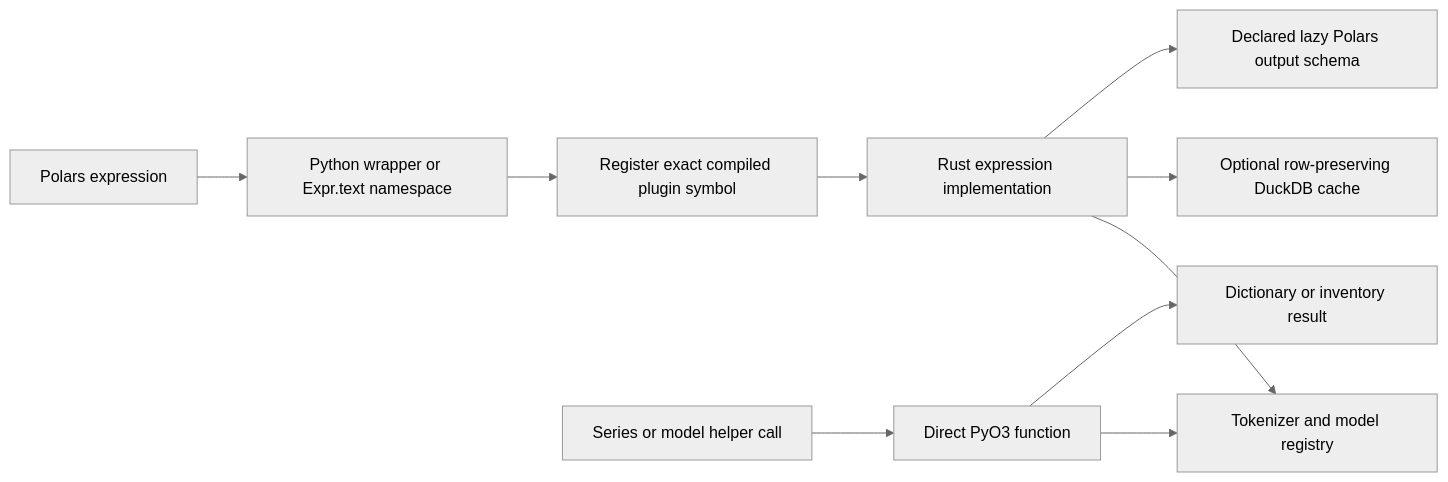
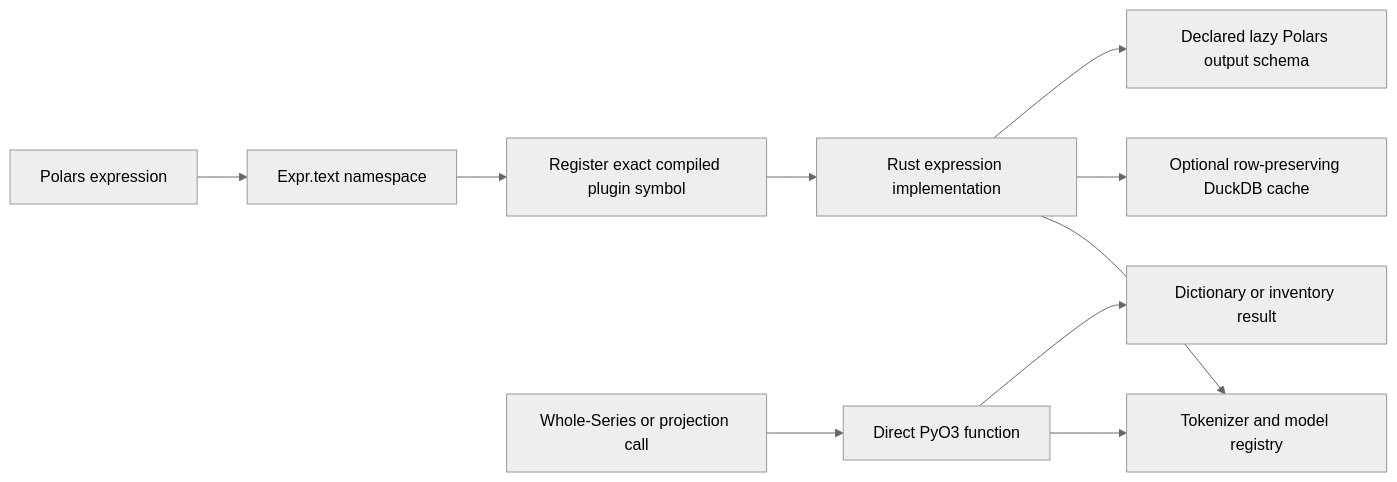
Before and after one commit to Australian-Text-Analytics-Platform/ldaca_web_app: the diagram in docs/architecture/packages/polars-text.md, drawn with Mermaid (neutral theme). The commit also changed other lines of this file and 21 other files, not shown here.

````diff
--- a/docs/architecture/packages/polars-text.md
+++ b/docs/architecture/packages/polars-text.md
@@ -7,13 +7,13 @@
 ```mermaid
 flowchart LR
-    CALLER["Polars expression"] --> PYTHON["Python wrapper or Expr.text namespace"]
+    CALLER["Polars expression"] --> PYTHON["Expr.text namespace"]
     PYTHON --> REGISTER["Register exact compiled plugin symbol"]
     REGISTER --> RUST["Rust expression implementation"]
     RUST --> TOKENIZER["Tokenizer and model registry"]
     RUST --> CACHE["Optional row-preserving DuckDB cache"]
     RUST --> OUTPUT["Declared lazy Polars output schema"]
 
-    DIRECT["Series or model helper call"] --> PYO3["Direct PyO3 function"]
+    DIRECT["Whole-Series or projection call"] --> PYO3["Direct PyO3 function"]
     PYO3 --> TOKENIZER
     PYO3 --> DIRECT_OUTPUT["Dictionary or inventory result"]
 ```
````
